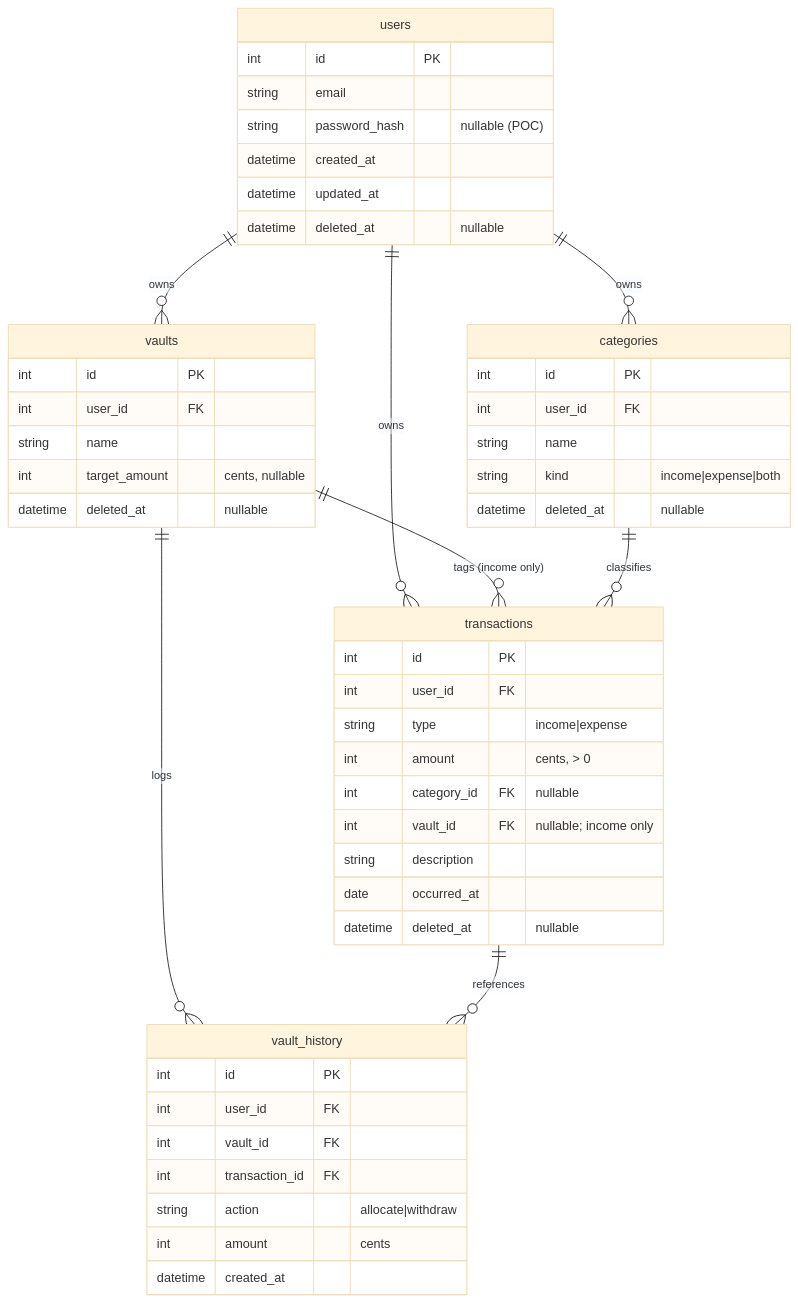
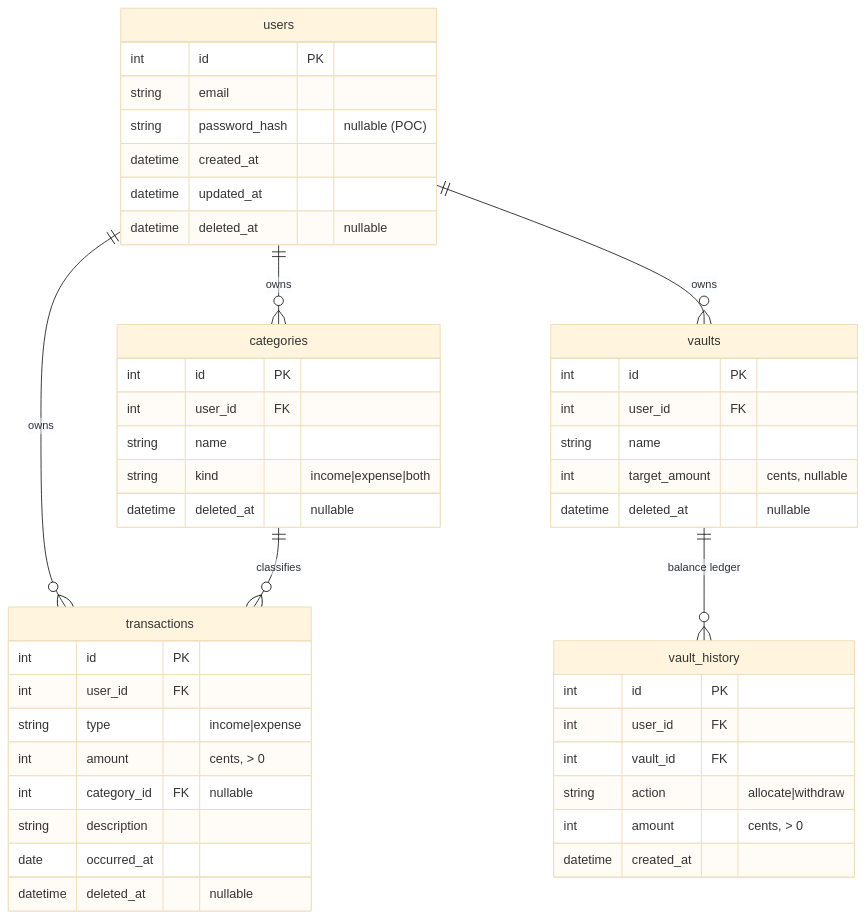
The first of 4 diagrams in ARCHITECTURE.md (JayroGG/balance), drawn with Mermaid (base theme) before and after one commit. The commit also changed other lines of this file and 6 other files, not shown here.

````diff
--- a/ARCHITECTURE.md
+++ b/ARCHITECTURE.md
@@ -7,53 +7,49 @@
 ```mermaid
 erDiagram
     users ||--o{ categories : owns
     users ||--o{ vaults : owns
     users ||--o{ transactions : owns
-    vaults ||--o{ transactions : "tags (income only)"
     categories ||--o{ transactions : classifies
-    vaults ||--o{ vault_history : logs
-    transactions ||--o{ vault_history : references
+    vaults ||--o{ vault_history : "balance ledger"
 
     users {
         int id PK
         string email
         string password_hash "nullable (POC)"
         datetime created_at
         datetime updated_at
         datetime deleted_at "nullable"
     }
     categories {
         int id PK
         int user_id FK
         string name
         string kind "income|expense|both"
         datetime deleted_at "nullable"
     }
     vaults {
         int id PK
         int user_id FK
         string name
         int target_amount "cents, nullable"
         datetime deleted_at "nullable"
     }
     transactions {
         int id PK
         int user_id FK
         string type "income|expense"
         int amount "cents, > 0"
         int category_id FK "nullable"
-        int vault_id FK "nullable; income only"
         string description
         date occurred_at
         datetime deleted_at "nullable"
     }
     vault_history {
         int id PK
         int user_id FK
         int vault_id FK
-        int transaction_id FK
         string action "allocate|withdraw"
-        int amount "cents"
+        int amount "cents, > 0"
         datetime created_at
     }
 ```
````
